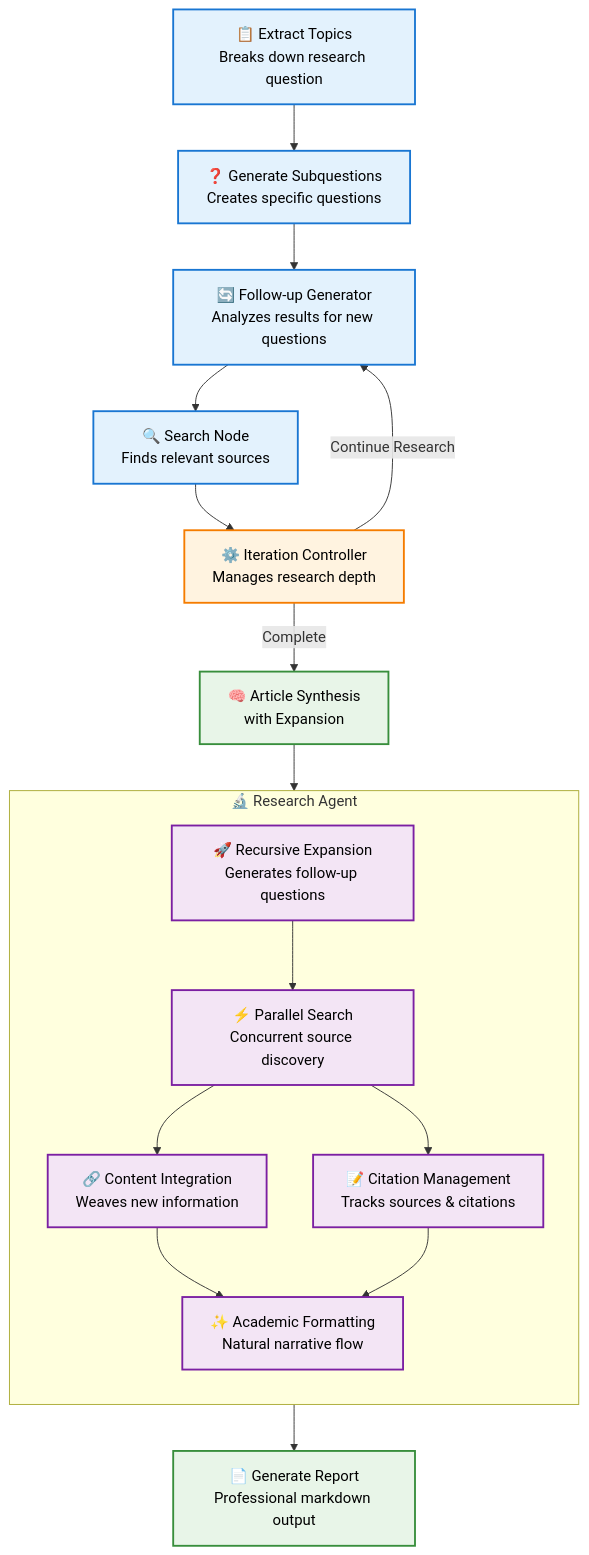
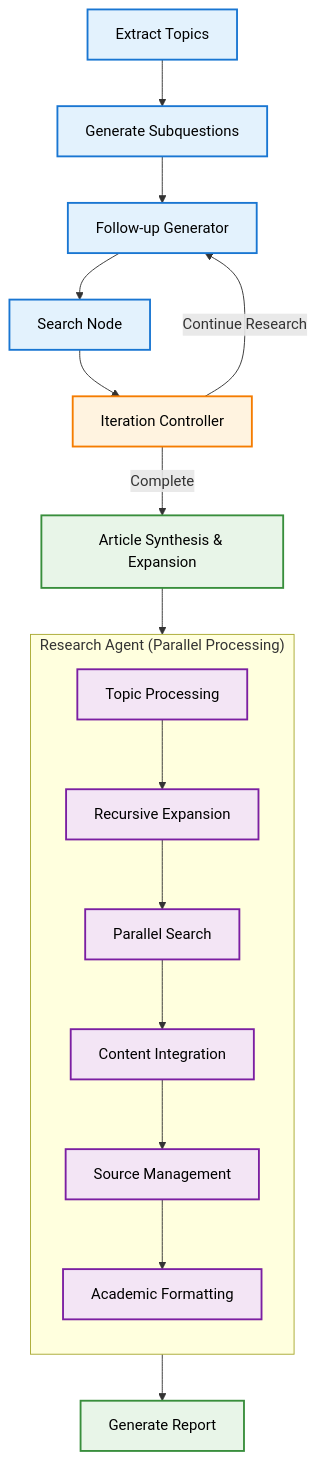
The diagram in README.md (Palashio/research), drawn with Mermaid before and after one commit.

Commit message:
update mermaid

````diff
--- a/README.md
+++ b/README.md
@@ -106,44 +106,37 @@
 ```mermaid
 graph TD
-    %% Main Pipeline Nodes
-    A[📋 Extract Topics<br/>Breaks down research question] --> B[❓ Generate Subquestions<br/>Creates specific questions]
-    B --> C[🔄 Follow-up Generator<br/>Analyzes results for new questions]
-    C --> D[🔍 Search Node<br/>Finds relevant sources]
-    D --> E[⚙️ Iteration Controller<br/>Manages research depth]
+    %% Main Pipeline Flow
+    A[Extract Topics] --> B[Generate Subquestions]
+    B --> C[Follow-up Generator]
+    C --> D[Search Node]
+    D --> E[Iteration Controller]
     
     %% Conditional Flow
     E -->|Continue Research| C
-    E -->|Complete| F[🧠 Article Synthesis<br/>with Expansion]
+    E -->|Complete| F[Article Synthesis & Expansion]
     
-    %% Research Agent Subgraph
-    subgraph "🔬 Research Agent"
+    %% Research Agent Internal Flow
+    subgraph "Research Agent (Parallel Processing)"
         direction TB
-        H[🚀 Recursive Expansion<br/>Generates follow-up questions]
-        I[⚡ Parallel Search<br/>Concurrent source discovery]
-        J[🔗 Content Integration<br/>Weaves new information]
-        K[📝 Citation Management<br/>Tracks sources & citations]
-        L[✨ Academic Formatting<br/>Natural narrative flow]
+        G[Topic Processing] --> H[Recursive Expansion]
+        H --> I[Parallel Search]
+        I --> J[Content Integration]
+        J --> K[Source Management]
+        K --> L[Academic Formatting]
     end
     
-    %% Research Agent Flow
-    F --> H
-    H --> I
-    I --> J
-    I --> K
-    J --> L
-    K --> L
-    
     %% Final Report
-    L --> G[📄 Generate Report<br/>Professional markdown output]
+    F --> G
+    L --> M[Generate Report]
     
     %% Styling
     classDef mainNode fill:#e3f2fd,stroke:#1976d2,stroke-width:2px,color:#000
     classDef agentNode fill:#f3e5f5,stroke:#7b1fa2,stroke-width:2px,color:#000
     classDef controlNode fill:#fff3e0,stroke:#f57c00,stroke-width:2px,color:#000
     classDef reportNode fill:#e8f5e8,stroke:#388e3c,stroke-width:2px,color:#000
     
     class A,B,C,D mainNode
-    class H,I,J,K,L agentNode
+    class G,H,I,J,K,L agentNode
     class E controlNode
-    class F,G reportNode
+    class F,M reportNode
 ```
````
